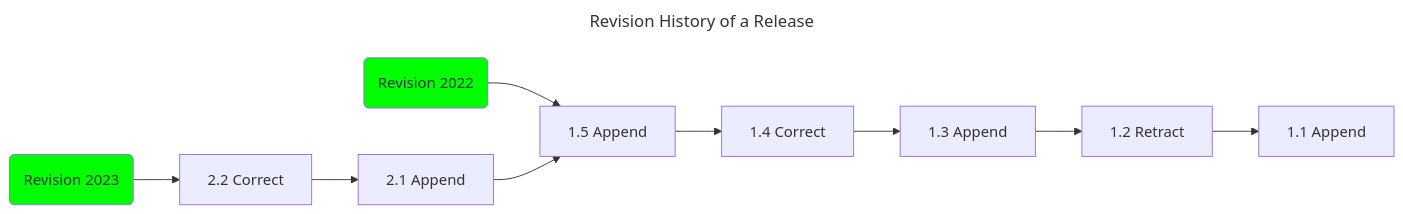
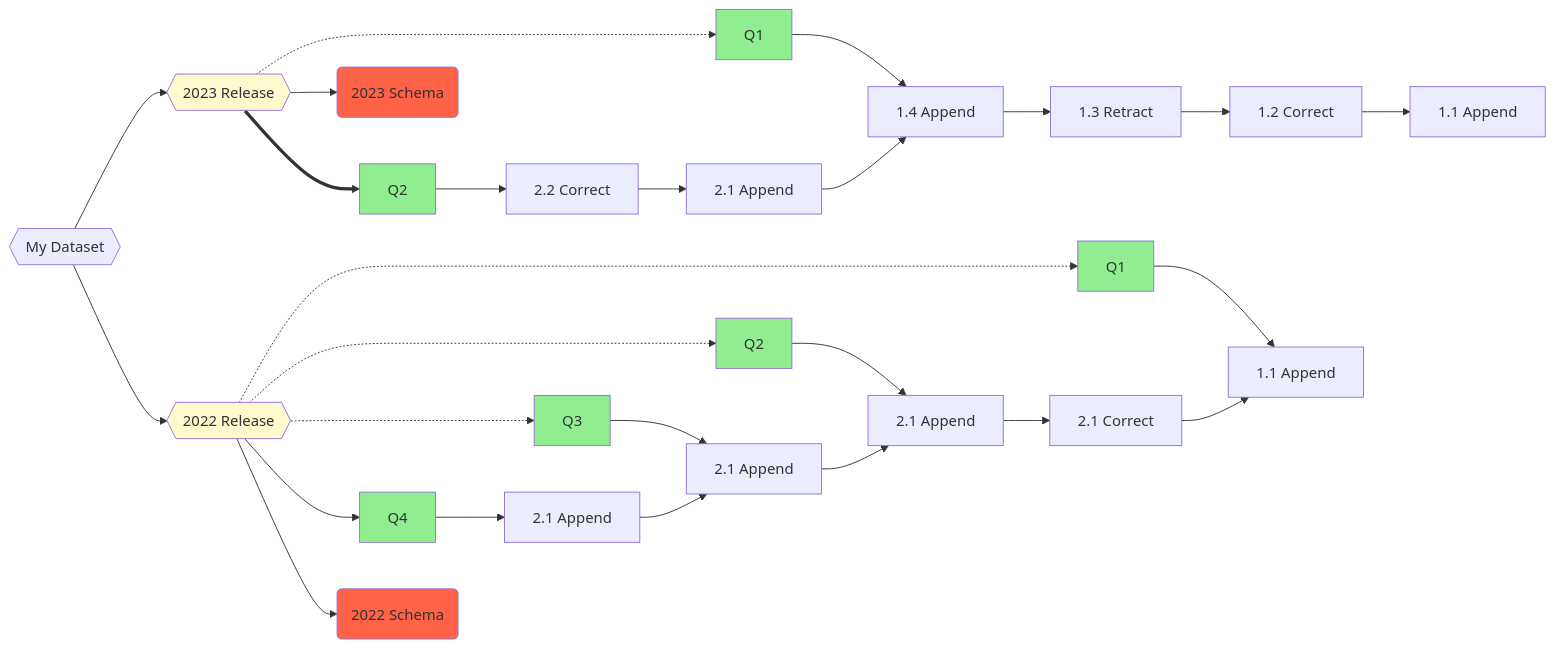
Before and after one commit to Swirrl/datahost-prototypes: the fourth of 5 diagrams in datahost-ld-openapi/doc/data-model-definitions.md, drawn with Mermaid. The commit also changed other lines of this file, not shown here.

````diff
--- a/datahost-ld-openapi/doc/data-model-definitions.md
+++ b/datahost-ld-openapi/doc/data-model-definitions.md
@@ -223,10 +104,40 @@
 ```mermaid
----
-title: Revision History of a Release
----
 flowchart LR
-   R1(Revision 2022) --> 1.5["1.5 Append"] --> 1.4["1.4 Correct"] --> 1.3["1.3 Append"] --> 1.2["1.2 Retract"] --> 1.1["1.1 Append"]
-   R2(Revision 2023) --> 2.2["2.2 Correct"] --> 2.1["2.1 Append"] --> 1.5
-   style R1 fill:#0f0
-   style R2 fill:#0f0
+   Series{{"My Dataset"}} --> Release2023
+   Series --> Release2022
+
+   Release2022{{"2022 Release"}} -.-> 22R1
+   Release2022 -.-> 22R2
+   Release2022 -.-> 22R3
+   Release2022 --> 22R4
+
+   Release2022 --> Schema2022
+   Schema2022("2022 Schema")
+
+   22R1["Q1"] --> 22-1.1["1.1 Append"]
+   22R2["Q2"] --> 22-2.2["2.1 Append"] --> 22-2.1["2.1 Correct"] --> 22-1.1
+   22R3["Q3"] --> 22-3.1["2.1 Append"] --> 22-2.2
+   22R4["Q4"] --> 22-4.1["2.1 Append"] --> 22-3.1
+
+   Release2023{{"2023 Release"}} -.-> R1
+   Release2023 --> Schema2023
+   Release2023 ==> R2
+
+   R1["Q1"] --> 1.4["1.4 Append"] --> 1.3["1.3 Retract"] --> 1.2["1.2 Correct"] --> 1.1["1.1 Append"]
+   R2["Q2"] --> 2.2["2.2 Correct"] --> 2.1["2.1 Append"] --> 1.4
+
+   Schema2023("2023 Schema")
+
+   style R1 fill:lightgreen
+   style R2 fill:lightgreen
+   style 22R1 fill:lightgreen
+   style 22R2 fill:lightgreen
+   style 22R3 fill:lightgreen
+   style 22R4 fill:lightgreen
+
+   style Release2023 fill:lemonchiffon
+   style Release2022 fill:lemonchiffon
+
+   style Schema2023 fill:tomato
+   style Schema2022 fill:tomato
 ```
````
